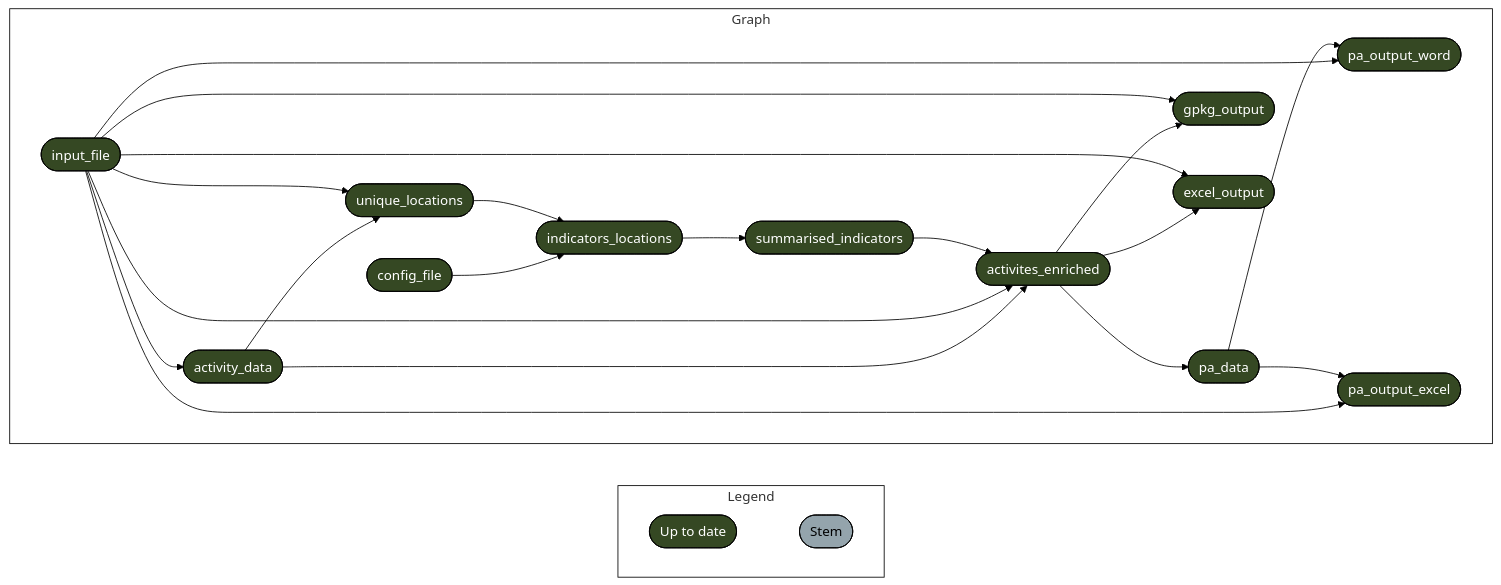
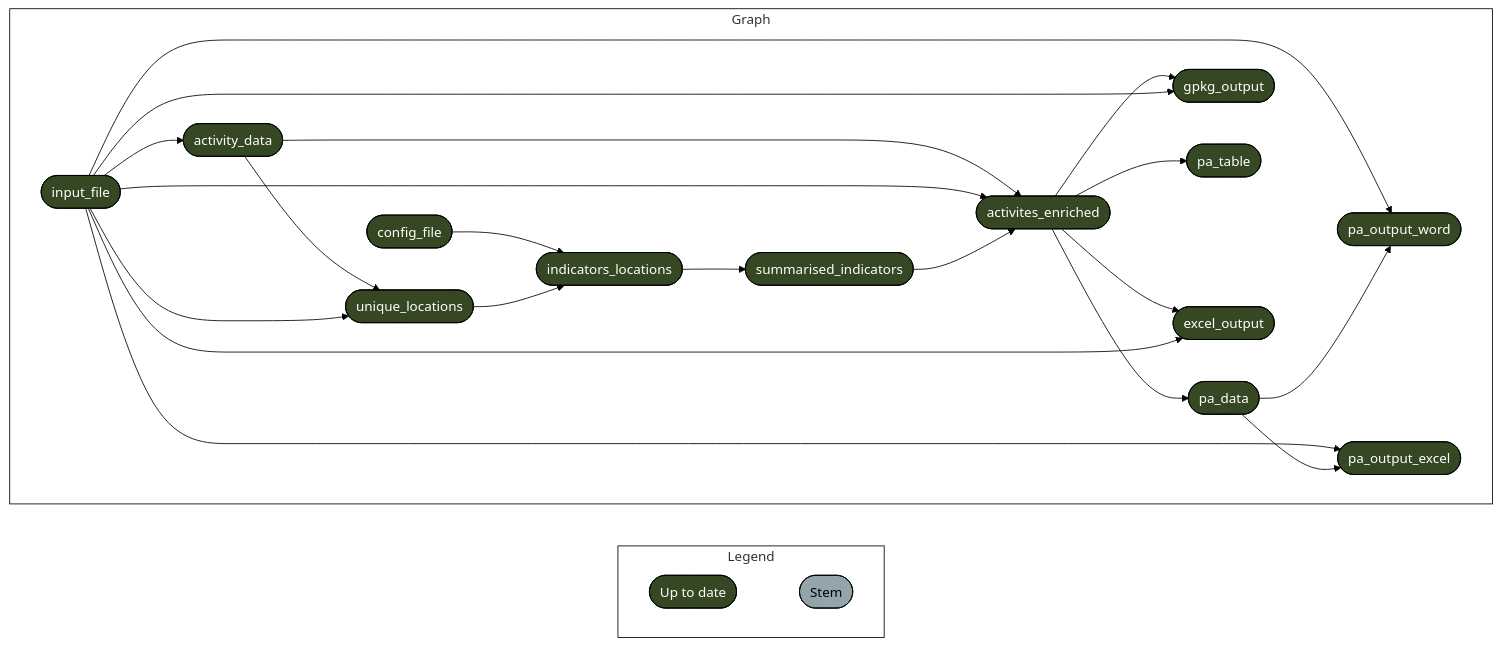
One commit to mapme-initiative/oda-portfolio changed the diagram in README.md. Above: the diagram before and after it, drawn with Mermaid (forest theme).

Commit message:
render readme

````diff
--- a/README.md
+++ b/README.md
@@ -19,33 +19,34 @@
 ``` mermaid
 graph LR
   style Legend fill:#FFFFFF00,stroke:#000000;
   style Graph fill:#FFFFFF00,stroke:#000000;
   subgraph Legend
     direction LR
     xf1522833a4d242c5([""Up to date""]):::uptodate --- xd03d7c7dd2ddda2b([""Stem""]):::none
   end
   subgraph Graph
     direction LR
     x721addc77afbcf42(["input_file"]):::uptodate --> x16b7b3078fdccc78(["pa_output_word"]):::uptodate
     xa355481dcc1a3b39(["pa_data"]):::uptodate --> x16b7b3078fdccc78(["pa_output_word"]):::uptodate
     x31d8d3daa8f8e034(["activites_enriched"]):::uptodate --> xa355481dcc1a3b39(["pa_data"]):::uptodate
     x31d8d3daa8f8e034(["activites_enriched"]):::uptodate --> x87ba475ce69b80a8(["gpkg_output"]):::uptodate
     x721addc77afbcf42(["input_file"]):::uptodate --> x87ba475ce69b80a8(["gpkg_output"]):::uptodate
+    x31d8d3daa8f8e034(["activites_enriched"]):::uptodate --> x348ebc99af6804b7(["pa_table"]):::uptodate
     x721addc77afbcf42(["input_file"]):::uptodate --> x9be9fe4c25e464e0(["activity_data"]):::uptodate
     xd80c6efdd95a74a4(["indicators_locations"]):::uptodate --> x1ba9c4ef45365262(["summarised_indicators"]):::uptodate
     x9be9fe4c25e464e0(["activity_data"]):::uptodate --> x901ac07110e697ee(["unique_locations"]):::uptodate
     x721addc77afbcf42(["input_file"]):::uptodate --> x901ac07110e697ee(["unique_locations"]):::uptodate
     x721addc77afbcf42(["input_file"]):::uptodate --> xf39fc5dec6b9a973(["pa_output_excel"]):::uptodate
     xa355481dcc1a3b39(["pa_data"]):::uptodate --> xf39fc5dec6b9a973(["pa_output_excel"]):::uptodate
     x9be9fe4c25e464e0(["activity_data"]):::uptodate --> x31d8d3daa8f8e034(["activites_enriched"]):::uptodate
     x721addc77afbcf42(["input_file"]):::uptodate --> x31d8d3daa8f8e034(["activites_enriched"]):::uptodate
     x1ba9c4ef45365262(["summarised_indicators"]):::uptodate --> x31d8d3daa8f8e034(["activites_enriched"]):::uptodate
     x31d8d3daa8f8e034(["activites_enriched"]):::uptodate --> x79629de1855e879d(["excel_output"]):::uptodate
     x721addc77afbcf42(["input_file"]):::uptodate --> x79629de1855e879d(["excel_output"]):::uptodate
     x9909b451a6a56060(["config_file"]):::uptodate --> xd80c6efdd95a74a4(["indicators_locations"]):::uptodate
     x901ac07110e697ee(["unique_locations"]):::uptodate --> xd80c6efdd95a74a4(["indicators_locations"]):::uptodate
   end
   classDef uptodate stroke:#000000,color:#ffffff,fill:#354823;
   classDef none stroke:#000000,color:#000000,fill:#94a4ac;
   linkStyle 0 stroke-width:0px;
 ```
````
